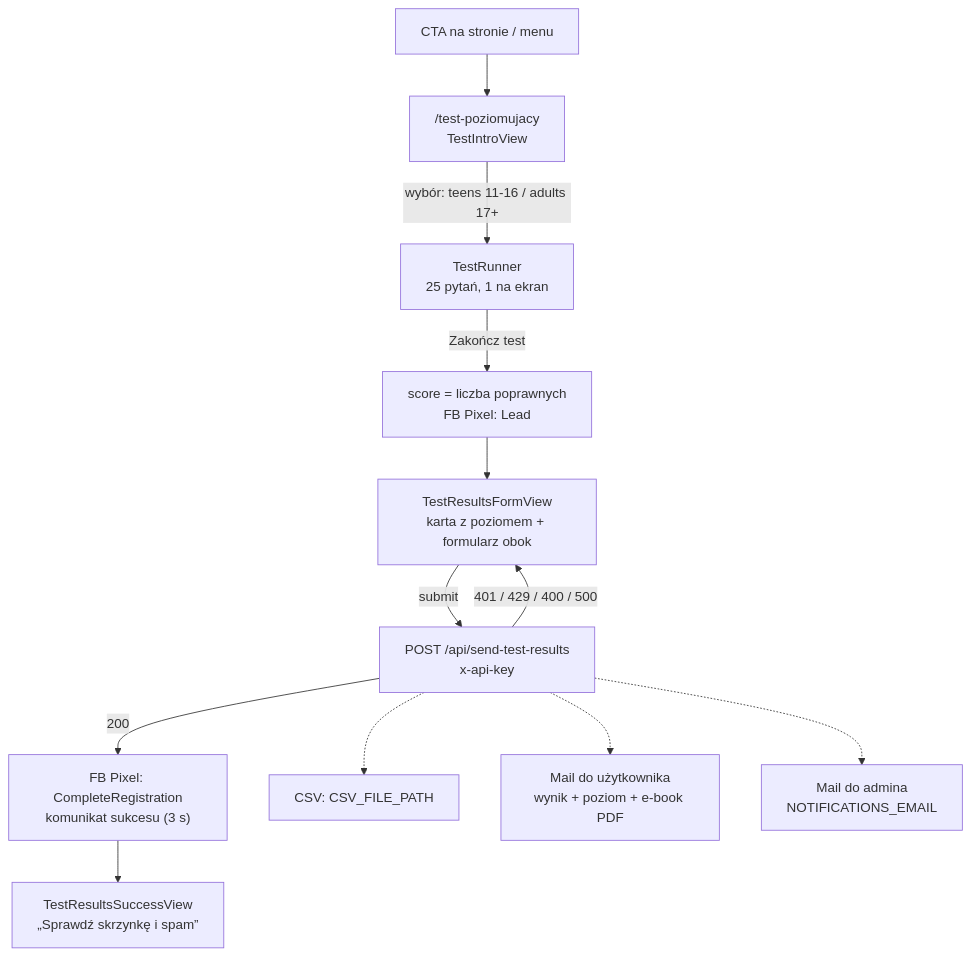
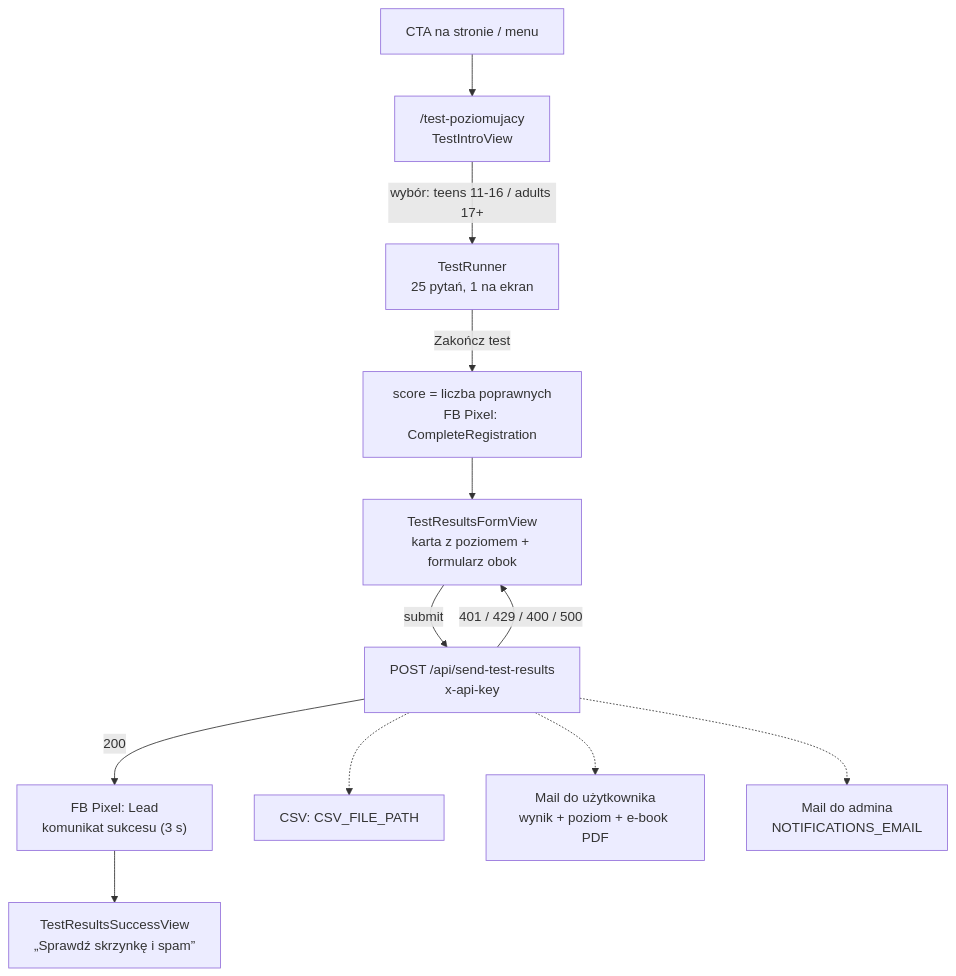
Before and after one commit to rudi23/rozmowni: the diagram in docs/start.md, drawn with Mermaid. The commit also changed other lines of this file and 16 other files, not shown here.

````diff
--- a/docs/start.md
+++ b/docs/start.md
@@ -207,14 +207,14 @@
 ```mermaid
 flowchart TD
     A[CTA na stronie / menu] --> B["/test-poziomujacy<br/>TestIntroView"]
     B -->|wybór: teens 11-16 / adults 17+| C["TestRunner<br/>25 pytań, 1 na ekran"]
-    C -->|Zakończ test| D["score = liczba poprawnych<br/>FB Pixel: Lead"]
+    C -->|Zakończ test| D["score = liczba poprawnych<br/>FB Pixel: CompleteRegistration"]
     D --> E["TestResultsFormView<br/>karta z poziomem + formularz obok"]
     E -->|submit| F["POST /api/send-test-results<br/>x-api-key"]
     F -->|401 / 429 / 400 / 500| E
-    F -->|200| G["FB Pixel: CompleteRegistration<br/>komunikat sukcesu (3 s)"]
+    F -->|200| G["FB Pixel: Lead<br/>komunikat sukcesu (3 s)"]
     G --> H["TestResultsSuccessView<br/>„Sprawdź skrzynkę i spam”"]
     F -.-> I[CSV: CSV_FILE_PATH]
     F -.-> J["Mail do użytkownika<br/>wynik + poziom + e-book PDF"]
     F -.-> K["Mail do admina<br/>NOTIFICATIONS_EMAIL"]
 ```
````
